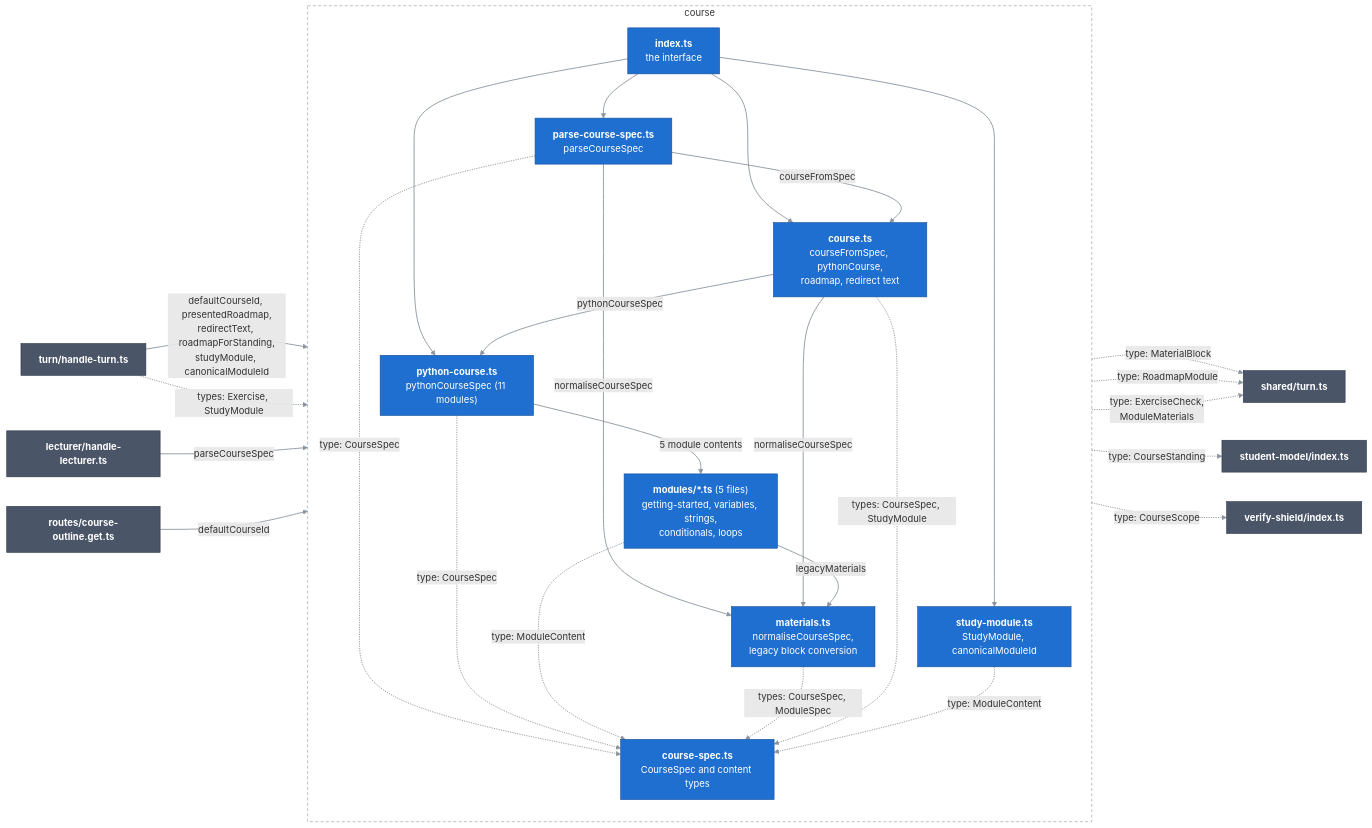
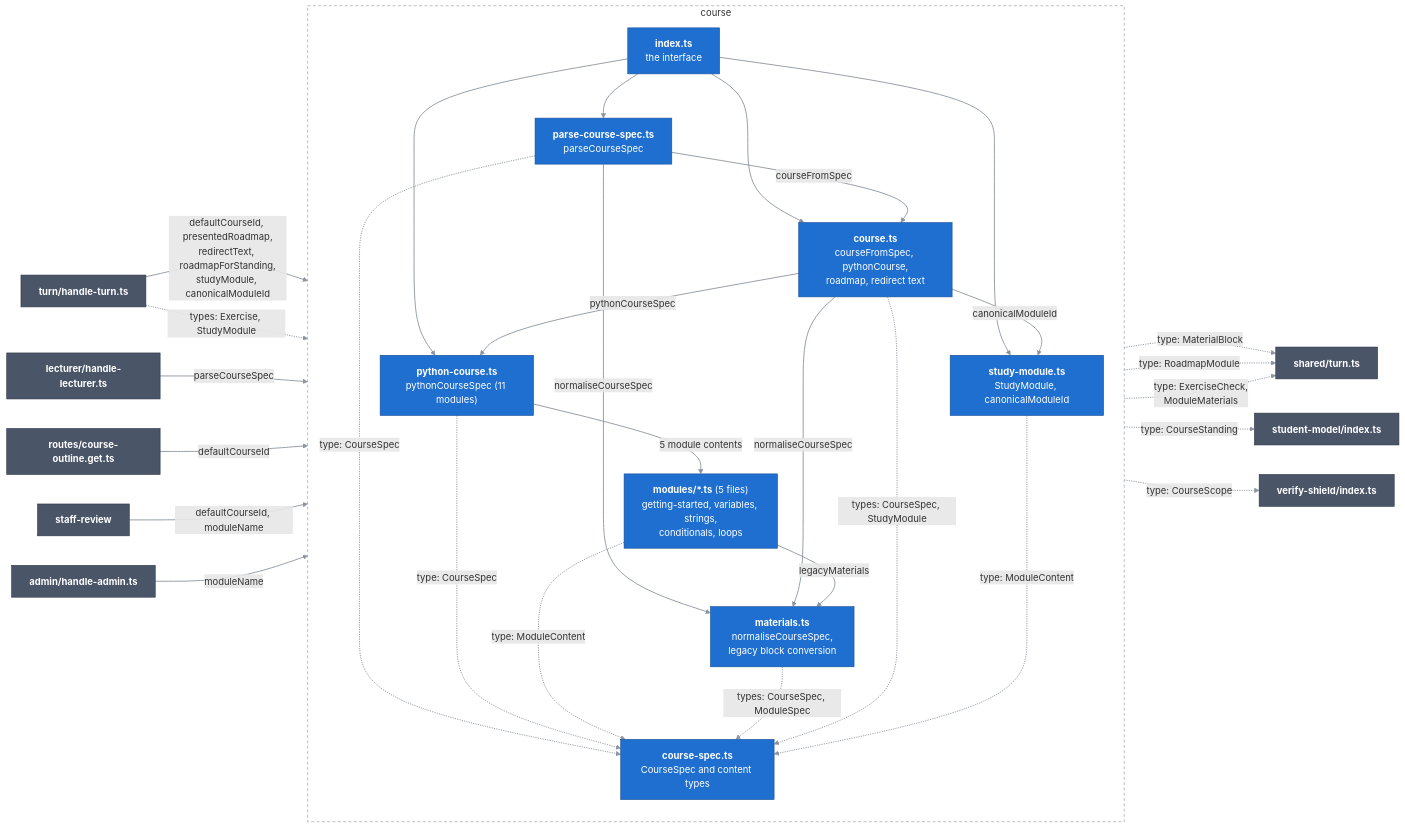
One commit to atuan1605/COS40005_HN9_Verifiable_Co-Learner_Agent changed the diagram in docs/c4/03-components/server/04-course.md. Above: the diagram before and after it, drawn with Mermaid. The commit also changed other lines of this file and 26 other files, not shown here.

Commit message:
Fix review findings: seed-based e2e figures, one module-name helper, shared student list panel, C4 (#313)

````diff
--- a/docs/c4/03-components/server/04-course.md
+++ b/docs/c4/03-components/server/04-course.md
@@ -13,53 +13,58 @@
 ```mermaid
 flowchart LR
   classDef comp fill:#1f6fd0,stroke:#164f96,color:#ffffff
   classDef near fill:#4a5568,stroke:#2d3748,color:#ffffff
   linkStyle default stroke:#8b949e,stroke-width:1.5px
 
   handleTurn["<b>turn/handle-turn.ts</b>"]:::near
   lecturer["<b>lecturer/handle-lecturer.ts</b>"]:::near
   outline["<b>routes/course-outline.get.ts</b>"]:::near
   studentModel["<b>student-model/index.ts</b>"]:::near
   shield["<b>verify-shield/index.ts</b>"]:::near
+  staffReview["<b>staff-review</b>"]:::near
+  admin["<b>admin/handle-admin.ts</b>"]:::near
   turnTypes["<b>shared/turn.ts</b>"]:::near
 
   subgraph course["course"]
     direction TB
     index["<b>index.ts</b><br/>the interface"]:::comp
     parser["<b>parse-course-spec.ts</b><br/>parseCourseSpec"]:::comp
     materialsFile["<b>materials.ts</b><br/>normaliseCourseSpec,<br/>legacy block conversion"]:::comp
     courseFile["<b>course.ts</b><br/>courseFromSpec, pythonCourse,<br/>roadmap, redirect text"]:::comp
     spec["<b>course-spec.ts</b><br/>CourseSpec and content types"]:::comp
     pythonSpec["<b>python-course.ts</b><br/>pythonCourseSpec (11 modules)"]:::comp
     studyModule["<b>study-module.ts</b><br/>StudyModule, canonicalModuleId"]:::comp
     modules["<b>modules/*.ts</b> (5 files)<br/>getting-started, variables, strings,<br/>conditionals, loops"]:::comp
   end
 
   handleTurn -->|"defaultCourseId, presentedRoadmap,<br/>redirectText, roadmapForStanding,<br/>studyModule, canonicalModuleId"| index
   handleTurn -.->|"types: Exercise, StudyModule"| index
   lecturer -->|"parseCourseSpec"| index
   outline -->|"defaultCourseId"| index
+  staffReview -->|"defaultCourseId, moduleName"| index
+  admin -->|"moduleName"| index
   index --> courseFile
   index --> parser
   index --> pythonSpec
   index --> studyModule
   parser -->|"normaliseCourseSpec"| materialsFile
   parser -->|"courseFromSpec"| courseFile
   parser -.->|"type: CourseSpec"| spec
   courseFile -->|"normaliseCourseSpec"| materialsFile
+  courseFile -->|"canonicalModuleId"| studyModule
   courseFile -->|"pythonCourseSpec"| pythonSpec
   pythonSpec -->|"5 module contents"| modules
   pythonSpec -.->|"type: CourseSpec"| spec
   modules -->|"legacyMaterials"| materialsFile
   modules -.->|"type: ModuleContent"| spec
   materialsFile -.->|"type: MaterialBlock"| turnTypes
   materialsFile -.->|"types: CourseSpec, ModuleSpec"| spec
   courseFile -.->|"types: CourseSpec, StudyModule"| spec
   studyModule -.->|"type: ModuleContent"| spec
   courseFile -.->|"type: CourseStanding"| studentModel
   courseFile -.->|"type: CourseScope"| shield
   courseFile -.->|"type: RoadmapModule"| turnTypes
   spec -.->|"type: ExerciseCheck,<br/>ModuleMaterials"| turnTypes
 
   style course fill:none,stroke:#8b949e,stroke-dasharray:5 4
 ```
````
